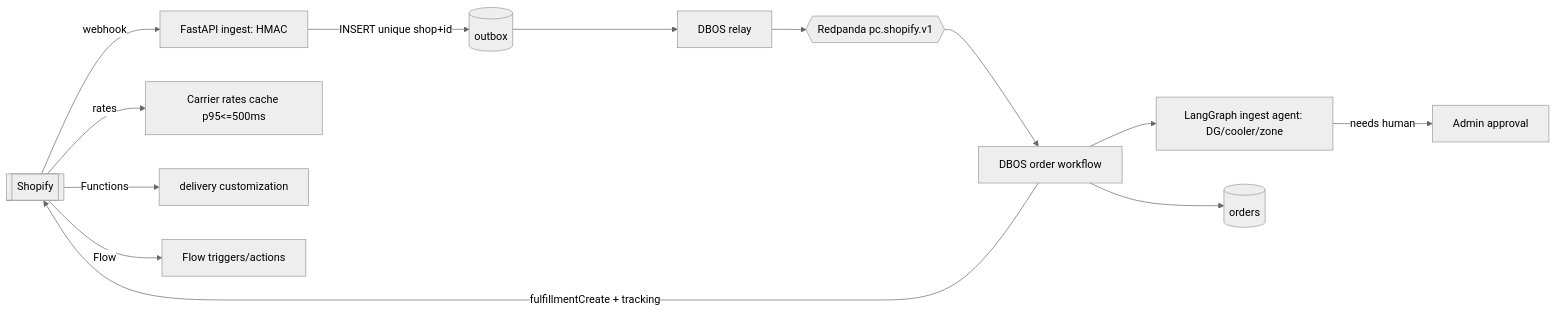
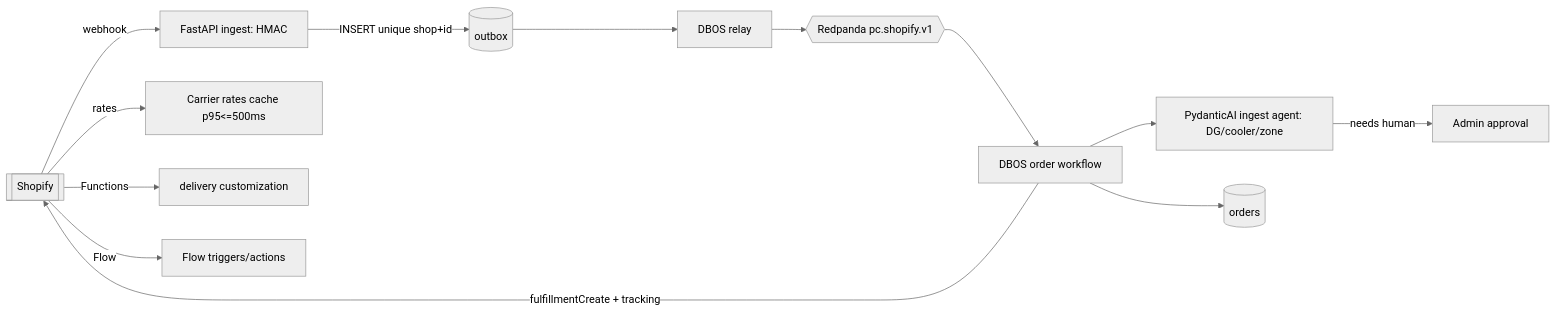
One commit to PORTERCHAIN-INC/PCD changed the fourth of 6 diagrams in docs/architecture/24_shopify_app.md. Above: the diagram before and after it, drawn with Mermaid (neutral theme). The commit also changed other lines of this file and 32 other files, not shown here.

Commit message:
docs(architecture): 31-39, 48-55 plan docs; 29 all items decided; PydanticAI-in-DBOS everywhere; Ravi decisions recorded

````diff
--- a/docs/architecture/24_shopify_app.md
+++ b/docs/architecture/24_shopify_app.md
@@ -104,14 +104,14 @@
 ```mermaid
 flowchart LR
   SH[[Shopify]] -- webhook --> WH[FastAPI ingest: HMAC]
   WH -- INSERT unique shop+id --> OB[(outbox)]
   OB --> DB2[DBOS relay] --> RP{{Redpanda pc.shopify.v1}}
   RP --> WF[DBOS order workflow]
-  WF --> AG[LangGraph ingest agent: DG/cooler/zone]
+  WF --> AG[PydanticAI ingest agent: DG/cooler/zone]
   AG -- needs human --> APP[Admin approval]
   WF --> ORD[(orders)]
   WF -- fulfillmentCreate + tracking --> SH
   SH -- rates --> CR[Carrier rates cache p95<=500ms]
   SH -- Functions --> FN[delivery customization]
   SH -- Flow --> FL[Flow triggers/actions]
 ```
````
